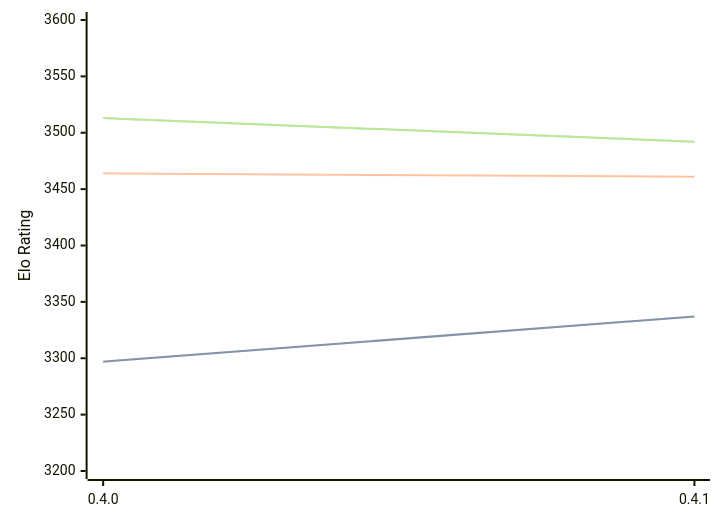
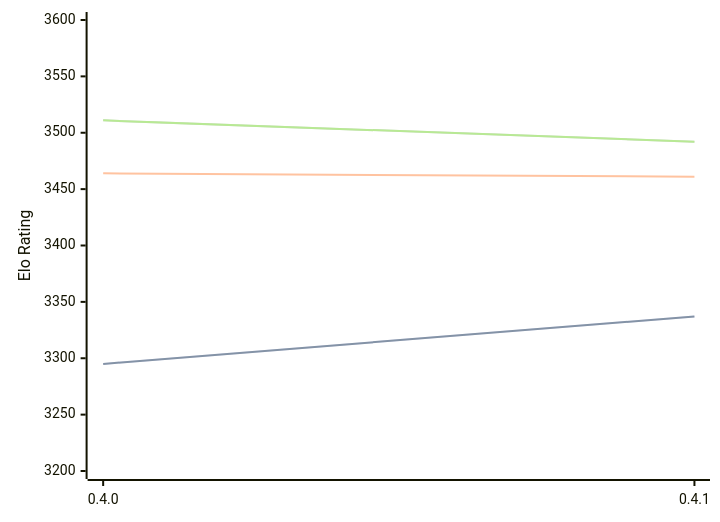
Before and after one commit to computer-chess-index/cci: the first of 3 diagrams in engines/Cinder.md, drawn with Mermaid. The commit also changed other lines of this file, not shown here.

Commit message:
Update CCI Ratings (ELO VLTC) - 2026-06-27

````diff
--- a/engines/Cinder.md
+++ b/engines/Cinder.md
@@ -40,11 +40,11 @@
 ```mermaid
 %%{init: {"theme":"base","themeVariables":{"seriesColors:['#a3a3a3','#222221','#faa371']}}}%%
 xychart-beta
   x-axis ["0.4.0", "0.4.1"]
   y-axis "Elo Rating" 3200 --> 3600
-  line "STC (8.0+0.08s)" [3297, 3337]
-  line "STC (8.0+0.08s)" [3297, 3337]
+  line "STC (8.0+0.08s)" [3295, 3337]
+  line "STC (8.0+0.08s)" [3295, 3337]
   line "LTC (60.0+0.60s)" [3464, 3461]
-  line "VLTC (2m24s+1.12s)" [3513, 3492]
-  line "VLTC (2m24s+1.12s)" [3513, 3492]
+  line "VLTC (2m24s+1.12s)" [3511, 3492]
+  line "VLTC (2m24s+1.12s)" [3511, 3492]
 ```
````
